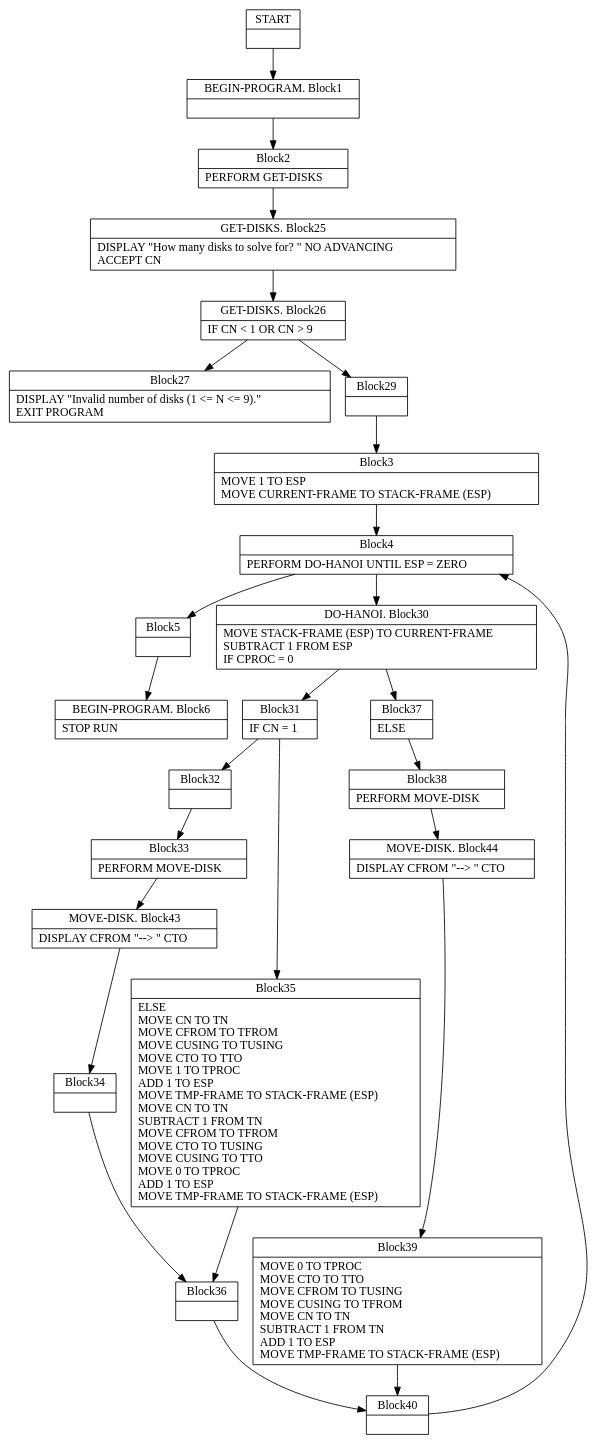
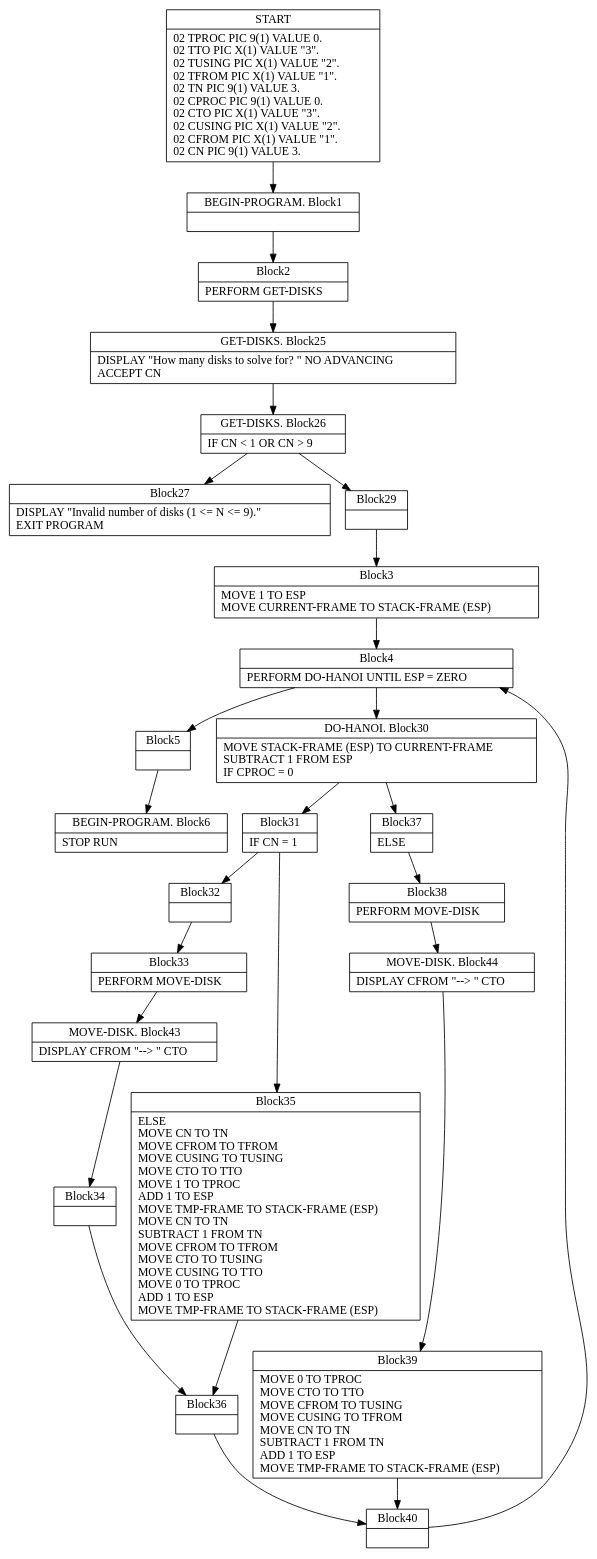
One commit to TypeCobolTeam/TypeCobol changed the diagram in TypeCobol.Analysis.Test/BasicCfgPrograms/HanoiPrg.dot. Above: the diagram before and after it, drawn with Graphviz. The commit also changed 7 other files, not shown here.

Commit message:
WI #1750 Add DataDefinition nodes having initial value to START Block.

```diff
--- a/TypeCobol.Analysis.Test/BasicCfgPrograms/HanoiPrg.dot
+++ b/TypeCobol.Analysis.Test/BasicCfgPrograms/HanoiPrg.dot
@@ -1,109 +1,109 @@
 digraph Cfg {
 compound=true;
 node [
 shape = "record"
 ]
 
 edge [
 arrowtail = "empty"
 ]
 Block0 [
-label = "{START|}"
+label = "{START|    02  TPROC     PIC 9(1)    VALUE 0.\l    02  TTO       PIC X(1)    VALUE \"3\".\l    02  TUSING    PIC X(1)    VALUE \"2\".\l    02  TFROM     PIC X(1)    VALUE \"1\".\l    02  TN        PIC 9(1)    VALUE 3.\l    02  CPROC     PIC 9(1)    VALUE 0.\l    02  CTO       PIC X(1)    VALUE \"3\".\l    02  CUSING    PIC X(1)    VALUE \"2\".\l    02  CFROM     PIC X(1)    VALUE \"1\".\l    02  CN        PIC 9(1)    VALUE 3.\l}"
 ]
 Block1 [
 label = "{BEGIN-PROGRAM. Block1|}"
 ]
 Block2 [
 label = "{Block2|    PERFORM GET-DISKS\l}"
 ]
 Block25 [
 label = "{GET-DISKS. Block25|    DISPLAY \"How many disks to solve for? \" NO ADVANCING\l    ACCEPT CN\l}"
 ]
 Block26 [
 label = "{GET-DISKS. Block26|    IF CN \< 1 OR CN \> 9\l}"
 ]
 Block27 [
 label = "{Block27|        DISPLAY \"Invalid number of disks (1 \<= N \<= 9).\"\l        EXIT PROGRAM\l}"
 ]
 Block29 [
 label = "{Block29|}"
 ]
 Block3 [
 label = "{Block3|    MOVE 1 TO ESP\l    MOVE CURRENT-FRAME TO STACK-FRAME (ESP)\l}"
 ]
 Block4 [
 label = "{Block4|    PERFORM DO-HANOI            UNTIL ESP = ZERO\l}"
 ]
 Block5 [
 label = "{Block5|}"
 ]
 Block6 [
 label = "{BEGIN-PROGRAM. Block6|    STOP RUN\l}"
 ]
 Block30 [
 label = "{DO-HANOI. Block30|    MOVE STACK-FRAME (ESP) TO CURRENT-FRAME\l    SUBTRACT 1 FROM ESP\l    IF CPROC = 0\l}"
 ]
 Block31 [
 label = "{Block31|        IF CN = 1\l}"
 ]
 Block32 [
 label = "{Block32|}"
 ]
 Block33 [
 label = "{Block33|            PERFORM MOVE-DISK\l}"
 ]
 Block43 [
 label = "{MOVE-DISK. Block43|        DISPLAY CFROM          \"--\> \"          CTO\l}"
 ]
 Block34 [
 label = "{Block34|}"
 ]
 Block36 [
 label = "{Block36|}"
 ]
 Block40 [
 label = "{Block40|}"
 ]
 Block35 [
 label = "{Block35|        ELSE\l            MOVE CN TO TN\l            MOVE CFROM TO TFROM\l            MOVE CUSING TO TUSING\l            MOVE CTO TO TTO\l            MOVE 1 TO TPROC\l            ADD 1 TO ESP\l            MOVE TMP-FRAME TO STACK-FRAME (ESP)\l            MOVE CN TO TN\l            SUBTRACT 1 FROM TN\l            MOVE CFROM TO TFROM\l            MOVE CTO TO TUSING\l            MOVE CUSING TO TTO\l            MOVE 0 TO TPROC\l            ADD 1 TO ESP\l            MOVE TMP-FRAME TO STACK-FRAME (ESP)\l}"
 ]
 Block37 [
 label = "{Block37|    ELSE\l}"
 ]
 Block38 [
 label = "{Block38|        PERFORM MOVE-DISK\l}"
 ]
 Block44 [
 label = "{MOVE-DISK. Block44|        DISPLAY CFROM          \"--\> \"          CTO\l}"
 ]
 Block39 [
 label = "{Block39|        MOVE 0 TO TPROC\l        MOVE CTO TO TTO\l        MOVE CFROM TO TUSING\l        MOVE CUSING TO TFROM\l        MOVE CN TO TN\l        SUBTRACT 1 FROM TN\l        ADD 1 TO ESP\l        MOVE TMP-FRAME TO STACK-FRAME (ESP)\l}"
 ]
 Block0 -> Block1
 Block1 -> Block2
 Block2 -> Block25
 Block25 -> Block26
 Block26 -> Block27
 Block26 -> Block29
 Block29 -> Block3
 Block3 -> Block4
 Block4 -> Block5
 Block4 -> Block30
 Block5 -> Block6
 Block30 -> Block31
 Block30 -> Block37
 Block31 -> Block32
 Block31 -> Block35
 Block32 -> Block33
 Block33 -> Block43
 Block43 -> Block34
 Block34 -> Block36
 Block36 -> Block40
 Block40 -> Block4
 Block35 -> Block36
 Block37 -> Block38
 Block38 -> Block44
 Block44 -> Block39
 Block39 -> Block40
 
 }
```
